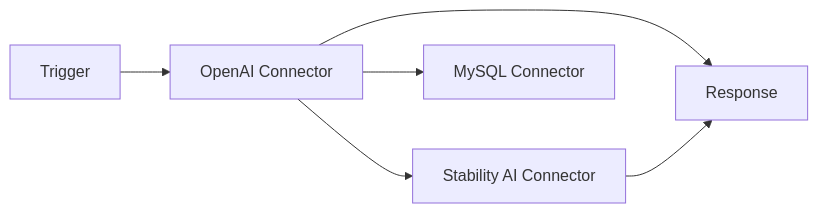
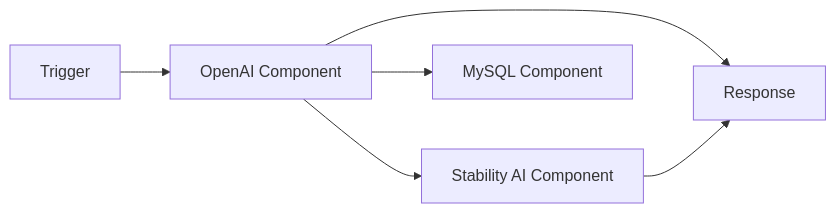
One commit to instill-ai/component changed the first of 3 diagrams in .github/CONTRIBUTING.md. Above: the diagram before and after it, drawn with Mermaid.

````diff
--- a/.github/CONTRIBUTING.md
+++ b/.github/CONTRIBUTING.md
@@ -26,8 +26,8 @@
 ```mermaid
 flowchart LR
-    s[Trigger] --> c1[OpenAI Connector]
-    c1 --> c2[Stability AI Connector]
-    c1 --> c3[MySQL Connector]
+    s[Trigger] --> c1[OpenAI Component]
+    c1 --> c2[Stability AI Component]
+    c1 --> c3[MySQL Component]
     c1 --> e[Response]
     c2 --> e
 ```
````
